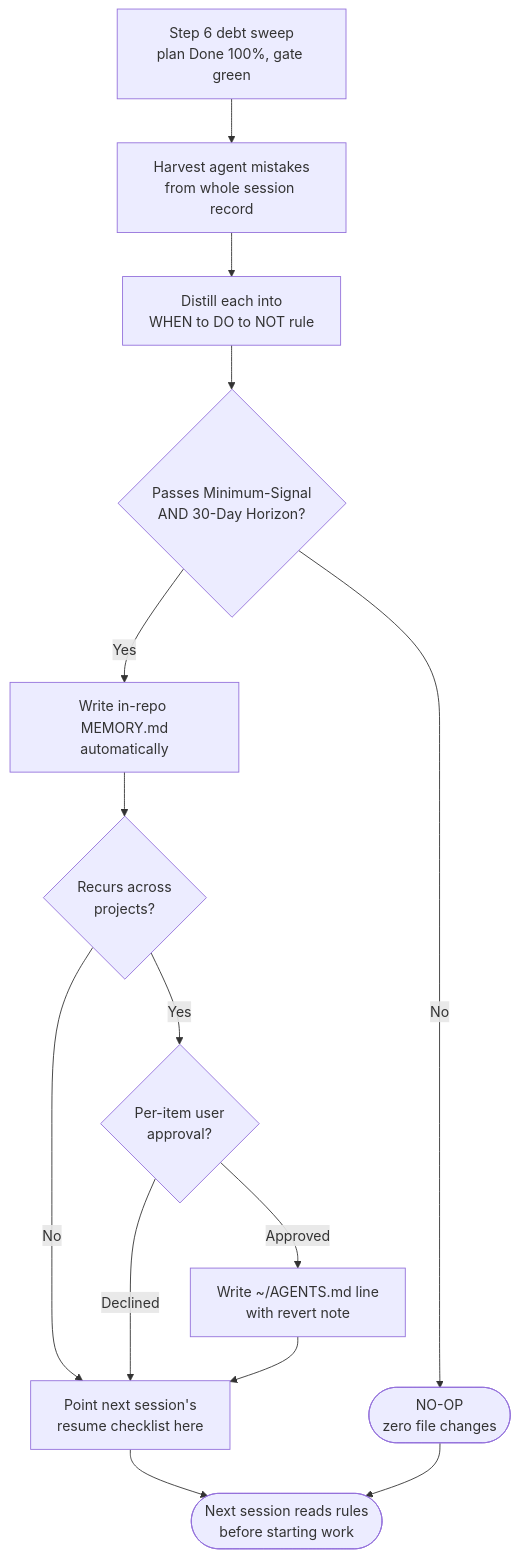
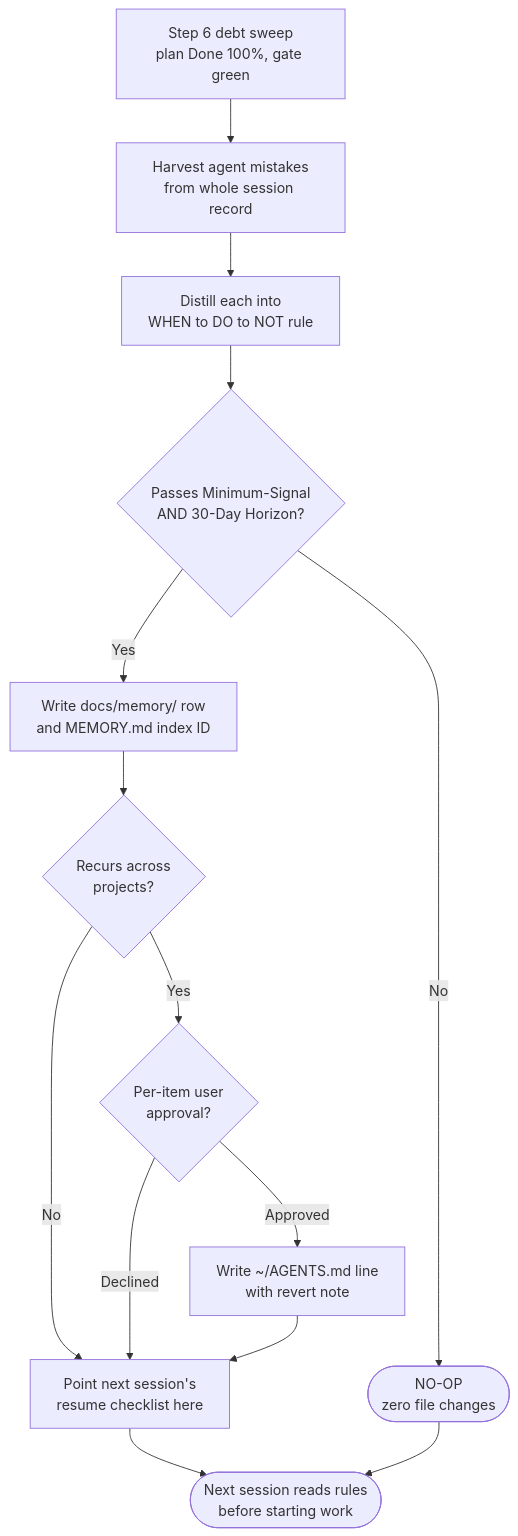
One commit to belajarcarabelajar/vivera changed the diagram in templates/session-learning-ledger-template.md. Above: the diagram before and after it, drawn with Mermaid. The commit also changed other lines of this file and 4 other files, not shown here.

First line of the commit message:
docs(skills): write learned rules to docs/memory topic files and describe readiness as it now runs

````diff
--- a/templates/session-learning-ledger-template.md
+++ b/templates/session-learning-ledger-template.md
@@ -114,18 +114,18 @@
 ```mermaid
 flowchart TD
     accTitle: Session learning ledger harvest and promotion
     accDescr: During the debt sweep the agent harvests its own operational mistakes from the session record, distills each into a candidate rule, filters candidates through the minimum-signal and thirty-day-horizon gates, writes kept rules in-repo automatically, and promotes recurring rules to the global AGENTS file only with per-item user approval before pointing the next session at them.
     Sweep["Step 6 debt sweep\nplan Done 100%, gate green"] --> Harvest["Harvest agent mistakes\nfrom whole session record"]
     Harvest --> Distill["Distill each into\nWHEN to DO to NOT rule"]
     Distill --> Gate{"Passes Minimum-Signal\nAND 30-Day Horizon?"}
     Gate -->|"No"| Noop(["NO-OP\nzero file changes"])
-    Gate -->|"Yes"| InRepo["Write in-repo MEMORY.md\nautomatically"]
+    Gate -->|"Yes"| InRepo["Write docs/memory/ row\nand MEMORY.md index ID"]
     InRepo --> Global{"Recurs across\nprojects?"}
     Global -->|"No"| Point["Point next session's\nresume checklist here"]
     Global -->|"Yes"| Approve{"Per-item user\napproval?"}
     Approve -->|"Declined"| Point
     Approve -->|"Approved"| WriteGlobal["Write ~/AGENTS.md line\nwith revert note"]
     WriteGlobal --> Point
     Point --> Close(["Next session reads rules\nbefore starting work"])
     Noop --> Close
 ```
````
